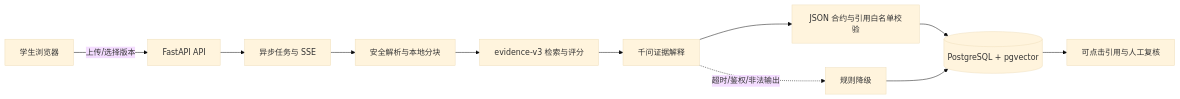
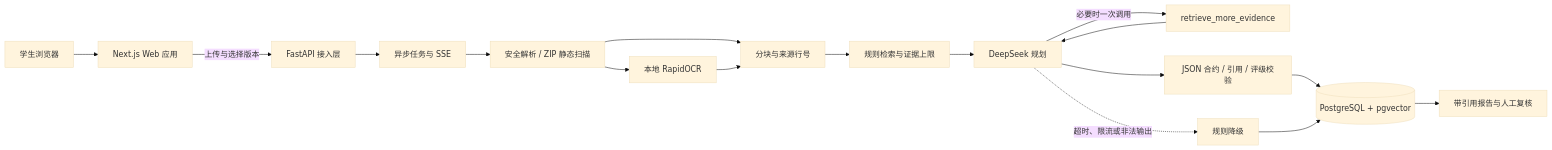
One commit to hahaandxixi/careerproof changed the diagram in docs/提交资料骨架.md. Above: the diagram before and after it, drawn with Mermaid (base theme). The commit also changed other lines of this file and 15 other files, not shown here.

````diff
--- a/docs/提交资料骨架.md
+++ b/docs/提交资料骨架.md
@@ -18,13 +41,19 @@
 ```mermaid
 flowchart LR
-    U[学生浏览器] -->|上传/选择版本| API[FastAPI API]
+    U[学生浏览器] --> A[Next.js Web 应用]
+    A -->|上传与选择版本| API[FastAPI 接入层]
     API --> T[异步任务与 SSE]
-    T --> P[安全解析与本地分块]
-    P --> R[evidence-v3 检索与评分]
-    R --> Q[千问证据解释]
-    Q --> V[JSON 合约与引用白名单校验]
-    Q -. 超时/鉴权/非法输出 .-> F[规则降级]
+    T --> P[安全解析 / ZIP 静态扫描]
+    P --> O[本地 RapidOCR]
+    P --> C[分块与来源行号]
+    O --> C
+    C --> R[规则检索与证据上限]
+    R --> D[DeepSeek 规划]
+    D -->|必要时一次调用| F[retrieve_more_evidence]
+    F --> D
+    D --> V[JSON 合约 / 引用 / 评级校验]
+    D -. 超时、限流或非法输出 .-> G[规则降级]
     V --> DB[(PostgreSQL + pgvector)]
-    F --> DB
-    DB --> H[可点击引用与人工复核]
+    G --> DB
+    DB --> H[带引用报告与人工复核]
 ```
````
